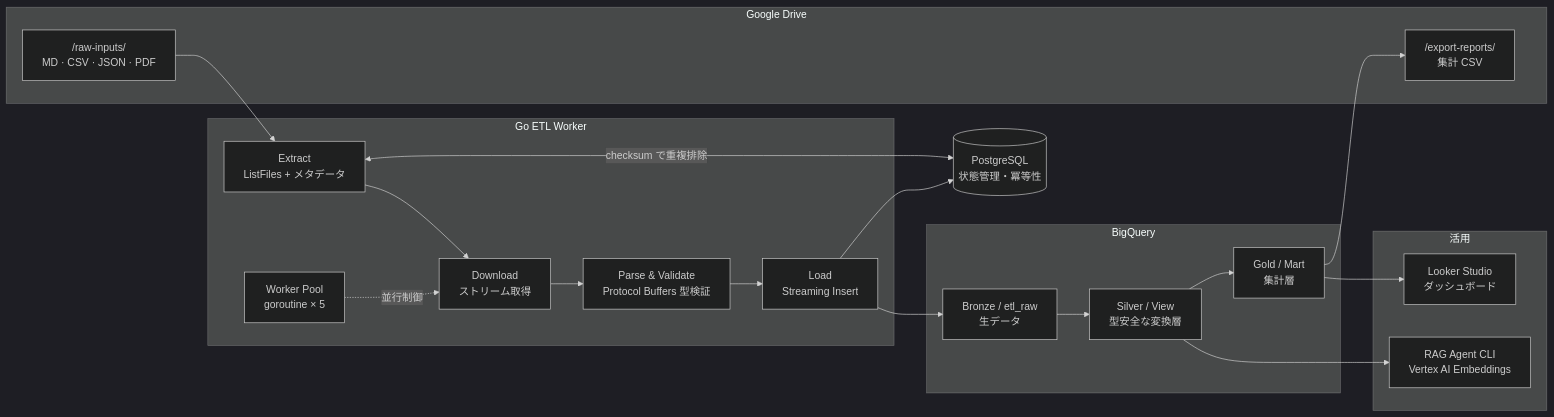
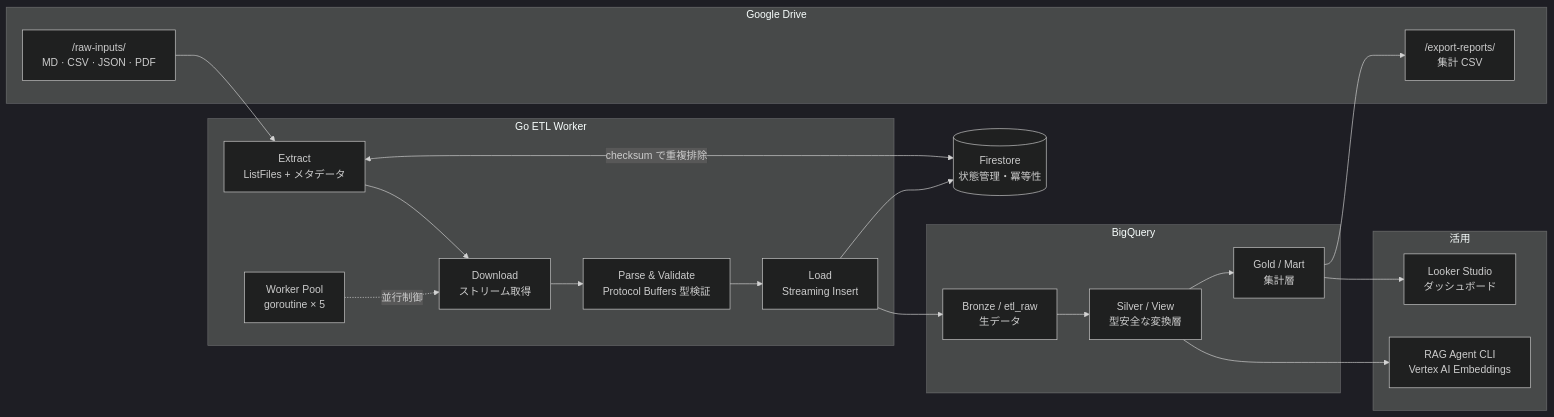
The diagram in README.md (qei-2027-700/go-drive-etl), drawn with Mermaid (dark theme) before and after one commit. The commit also changed other lines of this file and 20 other files, not shown here.

````diff
--- a/README.md
+++ b/README.md
@@ -26,37 +26,37 @@
 ```mermaid
 flowchart LR
     subgraph SRC["Google Drive"]
         RAW["/raw-inputs/<br/>MD · CSV · JSON · PDF"]
         OUT["/export-reports/<br/>集計 CSV"]
     end
 
     subgraph GO["Go ETL Worker"]
         EX["Extract<br/>ListFiles + メタデータ"]
         DL["Download<br/>ストリーム取得"]
         PV["Parse & Validate<br/>Protocol Buffers 型検証"]
         LD["Load<br/>Streaming Insert"]
         WP["Worker Pool<br/>goroutine × 5"]
     end
 
-    PG[("PostgreSQL<br/>状態管理・冪等性")]
+    STATE[("Firestore<br/>状態管理・冪等性")]
 
     subgraph BQ["BigQuery"]
         BRONZE["Bronze / etl_raw<br/>生データ"]
         SILVER["Silver / View<br/>型安全な変換層"]
         GOLD["Gold / Mart<br/>集計層"]
     end
 
     subgraph CONS["活用"]
         LOOKER["Looker Studio<br/>ダッシュボード"]
         RAG["RAG Agent CLI<br/>Vertex AI Embeddings"]
     end
 
     RAW --> EX --> DL --> PV --> LD
     WP -.並行制御.-> DL
-    EX <-->|checksum で重複排除| PG
-    LD --> PG
+    EX <-->|checksum で重複排除| STATE
+    LD --> STATE
     LD --> BRONZE --> SILVER --> GOLD
     GOLD --> OUT
     GOLD --> LOOKER
     SILVER --> RAG
 ```
````
